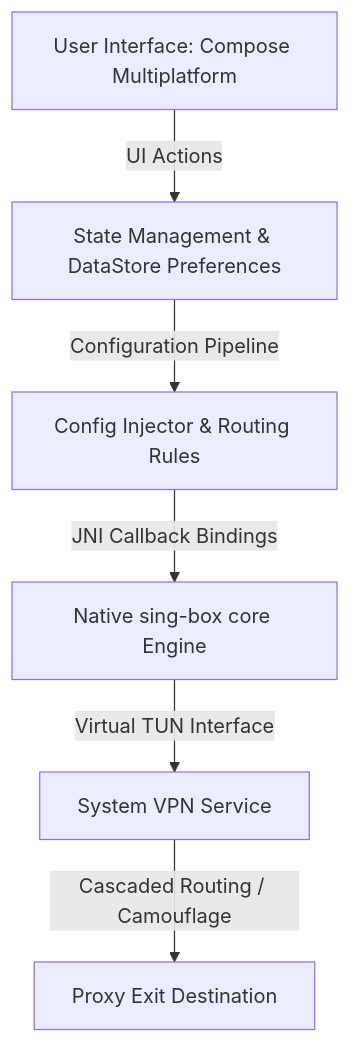
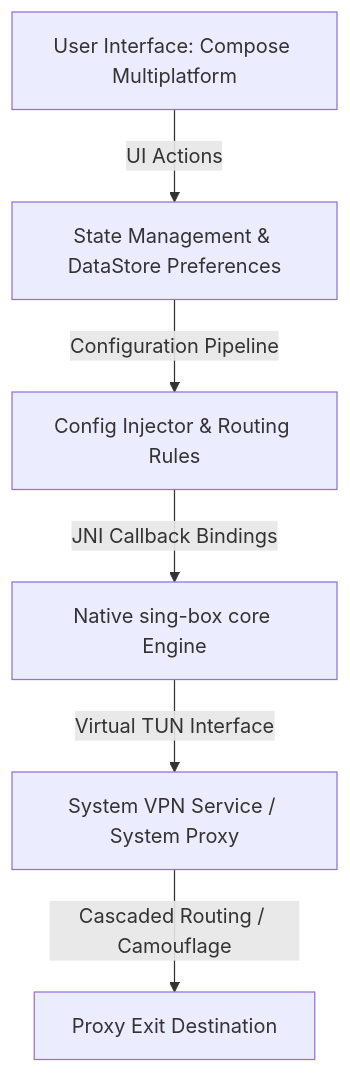
One commit to Rabkaps/Chameleon changed the diagram in README.md. Above: the diagram before and after it, drawn with Mermaid. The commit also changed other lines of this file and 6 other files, not shown here.

````diff
--- a/README.md
+++ b/README.md
@@ -16,8 +16,8 @@
 ```mermaid
 graph TD
     A[User Interface: Compose Multiplatform] -->|UI Actions| B[State Management & DataStore Preferences]
     B -->|Configuration Pipeline| C[Config Injector & Routing Rules]
     C -->|JNI Callback Bindings| D[Native sing-box core Engine]
-    D -->|Virtual TUN Interface| E[System VPN Service]
+    D -->|Virtual TUN Interface| E[System VPN Service / System Proxy]
     E -->|Cascaded Routing / Camouflage| F[Proxy Exit Destination]
 ```
````
